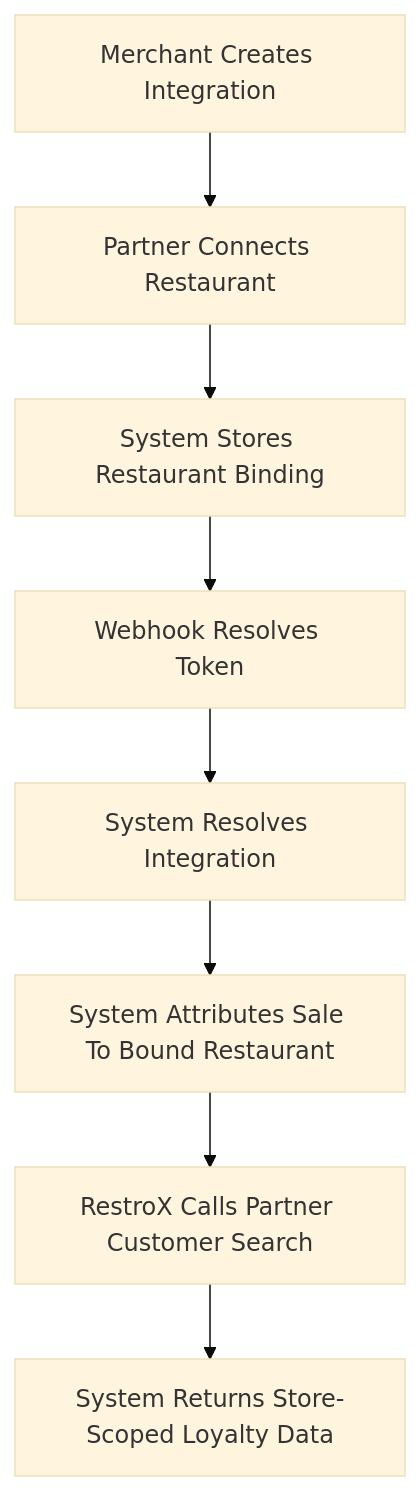
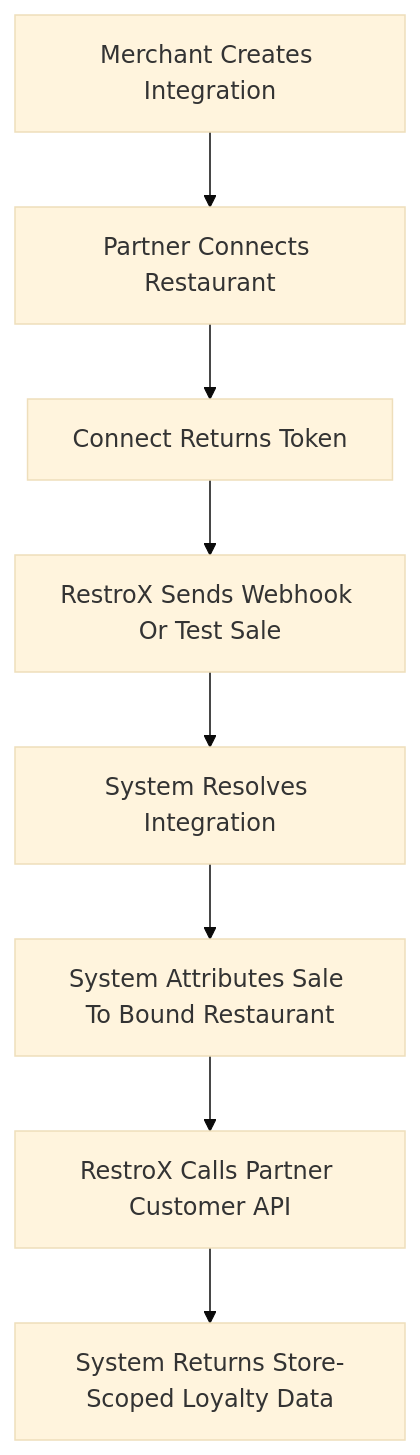
Before and after one commit to krischal07/docs: the diagram in integrations/restrox/PARTNER-HANDOFF.md, drawn with Mermaid (base theme). The commit also changed other lines of this file and 42 other files, not shown here.

````diff
--- a/integrations/restrox/PARTNER-HANDOFF.md
+++ b/integrations/restrox/PARTNER-HANDOFF.md
@@ -27,10 +21,10 @@
 ```mermaid
 flowchart TD
   A["Merchant Creates Integration"] --> B["Partner Connects Restaurant"]
-  B --> C["System Stores Restaurant Binding"]
-  C --> D["Webhook Resolves Token"]
+  B --> C["Connect Returns Token"]
+  C --> D["RestroX Sends Webhook Or Test Sale"]
   D --> E["System Resolves Integration"]
   E --> F["System Attributes Sale To Bound Restaurant"]
-  F --> G["RestroX Calls Partner Customer Search"]
+  F --> G["RestroX Calls Partner Customer API"]
   G --> H["System Returns Store-Scoped Loyalty Data"]
 ```
````
